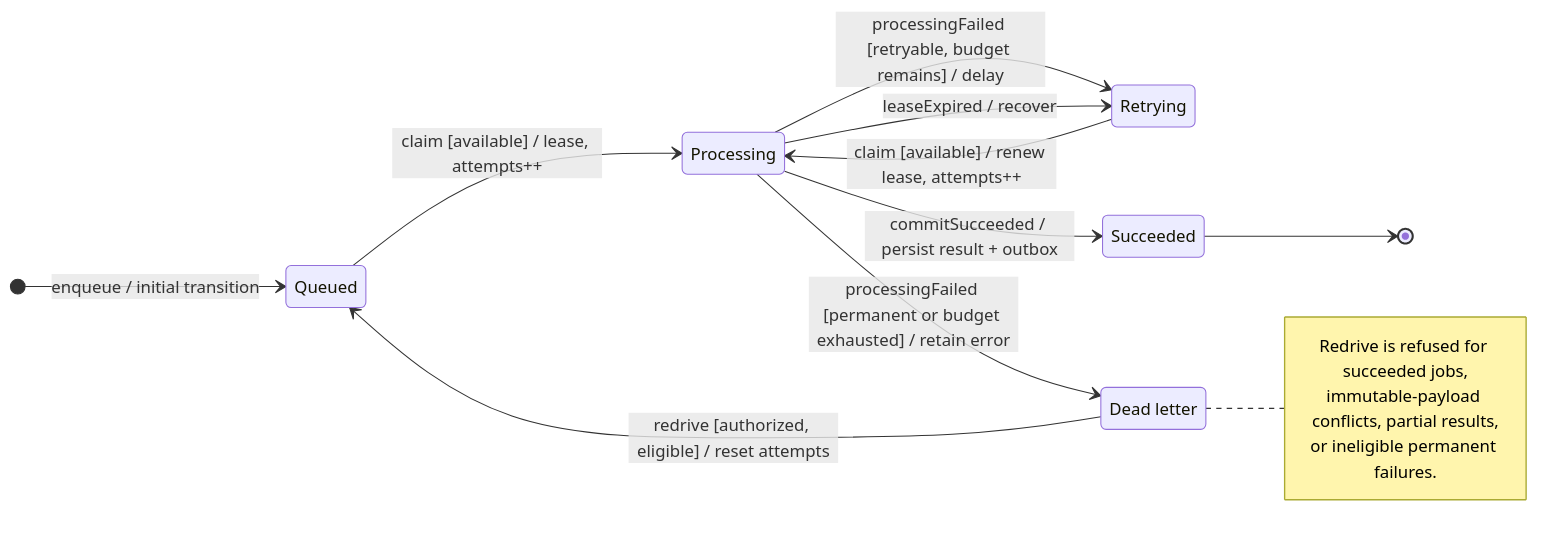
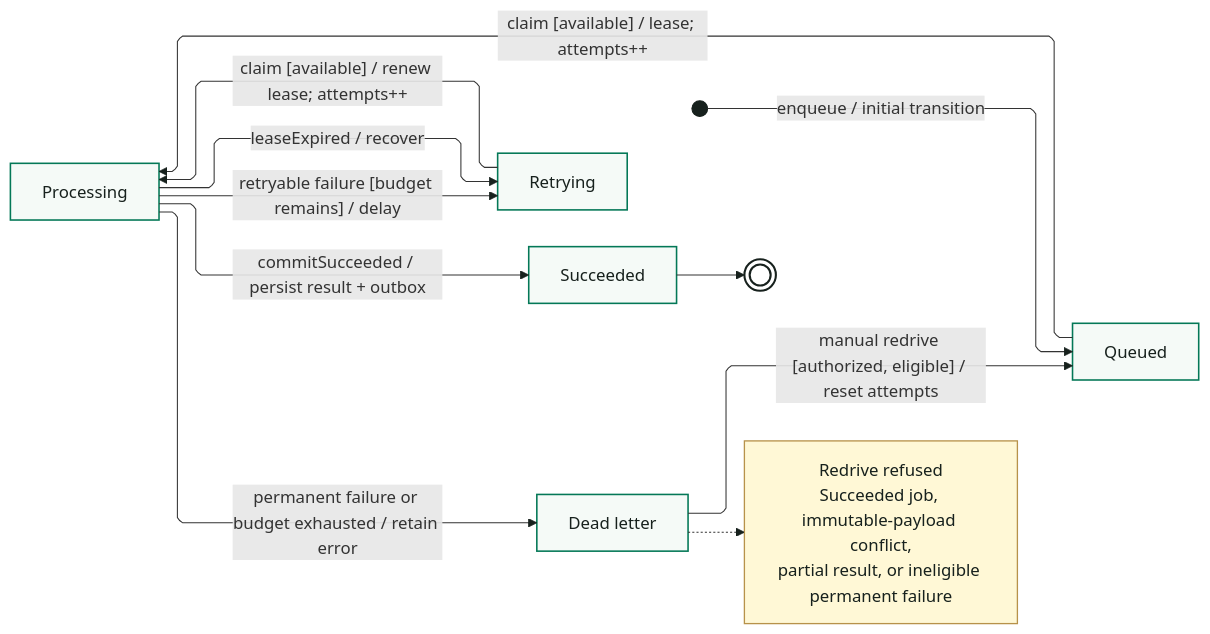
Before and after one commit to ZakariaElKhaldi/4iir-sr: the diagram in diagrams/04-ingestion-states.mmd, drawn with Mermaid. The commit also changed 50 other files, not shown here.

```diff
--- a/diagrams/04-ingestion-states.mmd
+++ b/diagrams/04-ingestion-states.mmd
@@ -1,23 +1,41 @@
-stateDiagram-v2
-    direction LR
+---
+config:
+  layout: elk
+  flowchart:
+    curve: linear
+    nodeSpacing: 48
+    rankSpacing: 66
+  themeVariables:
+    fontSize: 16px
+---
+flowchart LR
+    Start(( ))
+    Queued[Queued]
+    Processing[Processing]
+    Retrying[Retrying]
+    Succeeded[Succeeded]
+    DeadLetter[Dead letter]
+    Finish((( )))
+    Refusal["Redrive refused<br/>Succeeded job, immutable-payload conflict,<br/>partial result, or ineligible permanent failure"]
 
-    state "Queued" as queued
-    state "Processing" as processing
-    state "Retrying" as retrying
-    state "Dead letter" as deadLetter
-    state "Succeeded" as succeeded
-    [*] --> queued : enqueue / initial transition
-    queued --> processing : claim [available] / lease, attempts++
-    retrying --> processing : claim [available] / renew lease, attempts++
-    processing --> succeeded : commitSucceeded / persist result + outbox
-    processing --> retrying : processingFailed [retryable, budget remains] / delay
-    processing --> deadLetter : processingFailed [permanent or budget exhausted] / retain error
-    processing --> retrying : leaseExpired / recover
-    deadLetter --> queued : redrive [authorized, eligible] / reset attempts
-    succeeded --> [*]
+    Start -->|"enqueue / initial transition"| Queued
+    Queued -->|"claim [available] / lease; attempts++"| Processing
+    Processing -->|"commitSucceeded / persist result + outbox"| Succeeded
+    Succeeded --> Finish
 
-    note right of deadLetter
-        Redrive is refused for succeeded jobs,
-        immutable-payload conflicts, partial results,
-        or ineligible permanent failures.
-    end note
+    Processing -->|"retryable failure [budget remains] / delay"| Retrying
+    Processing -->|"leaseExpired / recover"| Retrying
+    Retrying -->|"claim [available] / renew lease; attempts++"| Processing
+
+    Processing -->|"permanent failure or budget exhausted / retain error"| DeadLetter
+    DeadLetter -->|"manual redrive [authorized, eligible] / reset attempts"| Queued
+    DeadLetter -.-> Refusal
+
+    classDef state fill:#f5faf7,stroke:#047857,color:#17211d,stroke-width:1.5px;
+    classDef marker fill:#17211d,stroke:#17211d,color:#17211d;
+    classDef finish fill:#ffffff,stroke:#17211d,color:#17211d,stroke-width:2px;
+    classDef note fill:#fff8d6,stroke:#b7924a,color:#17211d,stroke-width:1.25px;
+    class Queued,Processing,Retrying,Succeeded,DeadLetter state;
+    class Start marker;
+    class Finish finish;
+    class Refusal note;
```
